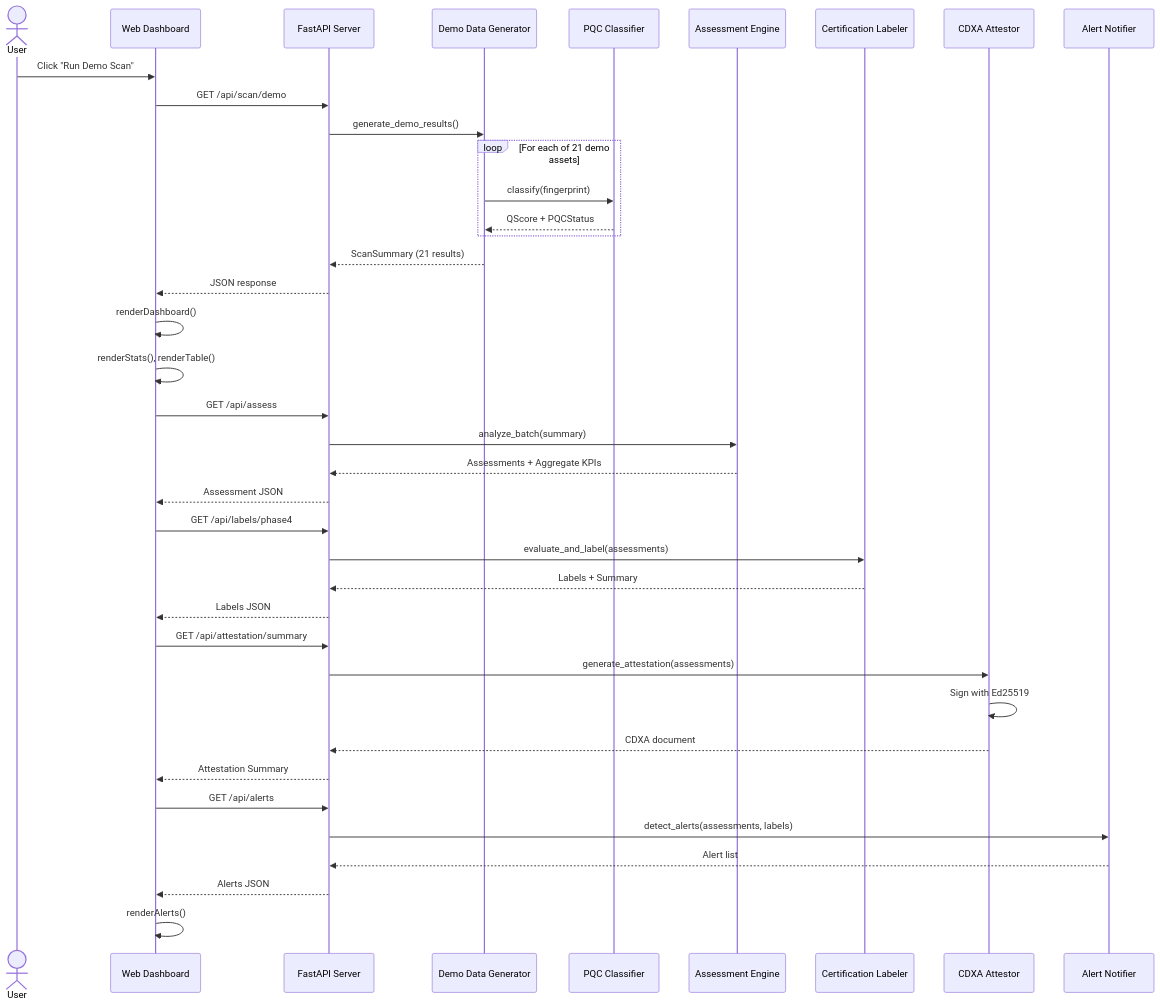
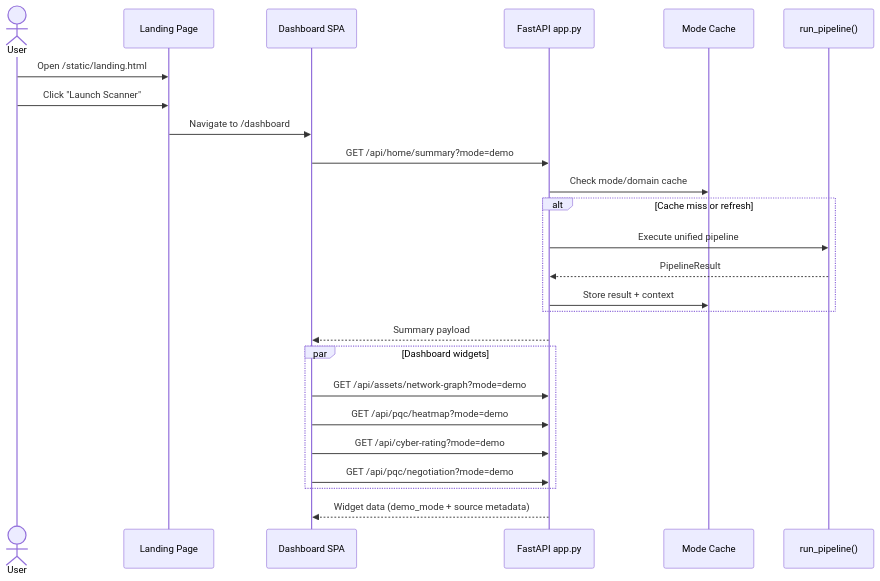
The sixth of 8 diagrams in README.md (Aniket03052006/PNB), drawn with Mermaid before and after one commit. The commit also changed other lines of this file and 15 other files, not shown here.

Commit message:
landing page

````diff
--- a/README.md
+++ b/README.md
@@ -810,46 +748,30 @@
 ```mermaid
 sequenceDiagram
     actor User
-    participant Browser as Web Dashboard
-    participant API as FastAPI Server
-    participant DemoData as Demo Data Generator
-    participant Classifier as PQC Classifier
-    participant Assessor as Assessment Engine
-    participant Labeler as Certification Labeler
-    participant Attestor as CDXA Attestor
-    participant Notifier as Alert Notifier
+    participant Landing as Landing Page
+    participant Dashboard as Dashboard SPA
+    participant API as FastAPI app.py
+    participant Cache as Mode Cache
+    participant Pipeline as run_pipeline()
 
-    User->>Browser: Click "Run Demo Scan"
-    Browser->>API: GET /api/scan/demo
-    API->>DemoData: generate_demo_results()
-    loop For each of 21 demo assets
-        DemoData->>Classifier: classify(fingerprint)
-        Classifier-->>DemoData: QScore + PQCStatus
+    User->>Landing: Open /static/landing.html
+    User->>Landing: Click "Launch Scanner"
+    Landing->>Dashboard: Navigate to /dashboard
+    Dashboard->>API: GET /api/home/summary?mode=demo
+    API->>Cache: Check mode/domain cache
+    alt Cache miss or refresh
+      API->>Pipeline: Execute unified pipeline
+      Pipeline-->>API: PipelineResult
+      API->>Cache: Store result + context
     end
-    DemoData-->>API: ScanSummary (21 results)
-    API-->>Browser: JSON response
-    Browser->>Browser: renderDashboard()
-    Browser->>Browser: renderStats(), renderTable()
+    API-->>Dashboard: Summary payload
 
-    Browser->>API: GET /api/assess
-    API->>Assessor: analyze_batch(summary)
-    Assessor-->>API: Assessments + Aggregate KPIs
-    API-->>Browser: Assessment JSON
+    par Dashboard widgets
+      Dashboard->>API: GET /api/assets/network-graph?mode=demo
+      Dashboard->>API: GET /api/pqc/heatmap?mode=demo
+      Dashboard->>API: GET /api/cyber-rating?mode=demo
+      Dashboard->>API: GET /api/pqc/negotiation?mode=demo
+    end
 
-    Browser->>API: GET /api/labels/phase4
-    API->>Labeler: evaluate_and_label(assessments)
-    Labeler-->>API: Labels + Summary
-    API-->>Browser: Labels JSON
-
-    Browser->>API: GET /api/attestation/summary
-    API->>Attestor: generate_attestation(assessments)
-    Attestor->>Attestor: Sign with Ed25519
-    Attestor-->>API: CDXA document
-    API-->>Browser: Attestation Summary
-
-    Browser->>API: GET /api/alerts
-    API->>Notifier: detect_alerts(assessments, labels)
-    Notifier-->>API: Alert list
-    API-->>Browser: Alerts JSON
-    Browser->>Browser: renderAlerts()
+    API-->>Dashboard: Widget data (demo_mode + source metadata)
 ```
````
